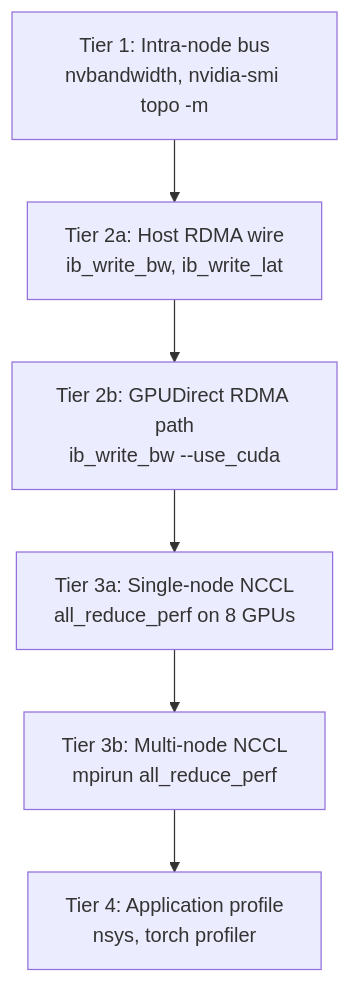
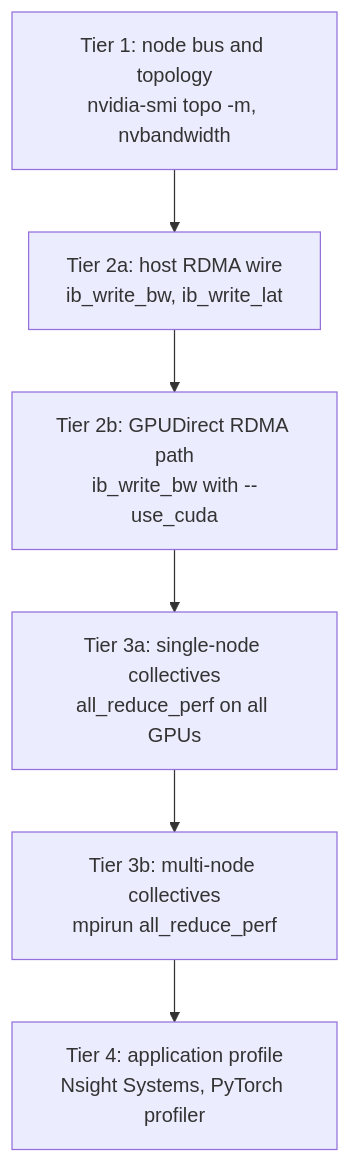
Before and after one commit to jithinpnjm/ai-infra-handbook: the first of 2 diagrams in docs/part-19-capstone/05-capstone-an-nccl-tests-fabric-lab.md, drawn with Mermaid. The commit also changed other lines of this file and 263 other files, not shown here.

````diff
--- a/docs/part-19-capstone/05-capstone-an-nccl-tests-fabric-lab.md
+++ b/docs/part-19-capstone/05-capstone-an-nccl-tests-fabric-lab.md
@@ -80,8 +69,8 @@
 ```mermaid
 flowchart TD
-    T1["Tier 1: Intra-node bus<br/>nvbandwidth, nvidia-smi topo -m"] --> T2A["Tier 2a: Host RDMA wire<br/>ib_write_bw, ib_write_lat"]
-    T2A --> T2B["Tier 2b: GPUDirect RDMA path<br/>ib_write_bw --use_cuda"]
-    T2B --> T3A["Tier 3a: Single-node NCCL<br/>all_reduce_perf on 8 GPUs"]
-    T3A --> T3B["Tier 3b: Multi-node NCCL<br/>mpirun all_reduce_perf"]
-    T3B --> T4["Tier 4: Application profile<br/>nsys, torch profiler"]
+    T1["Tier 1: node bus and topology<br/>nvidia-smi topo -m, nvbandwidth"] --> T2A["Tier 2a: host RDMA wire<br/>ib_write_bw, ib_write_lat"]
+    T2A --> T2B["Tier 2b: GPUDirect RDMA path<br/>ib_write_bw with --use_cuda"]
+    T2B --> T3A["Tier 3a: single-node collectives<br/>all_reduce_perf on all GPUs"]
+    T3A --> T3B["Tier 3b: multi-node collectives<br/>mpirun all_reduce_perf"]
+    T3B --> T4["Tier 4: application profile<br/>Nsight Systems, PyTorch profiler"]
 ```
````
